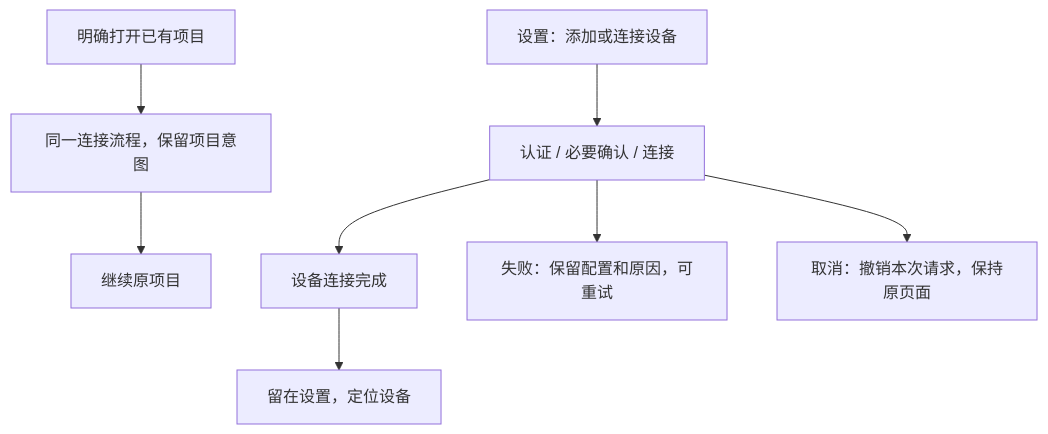
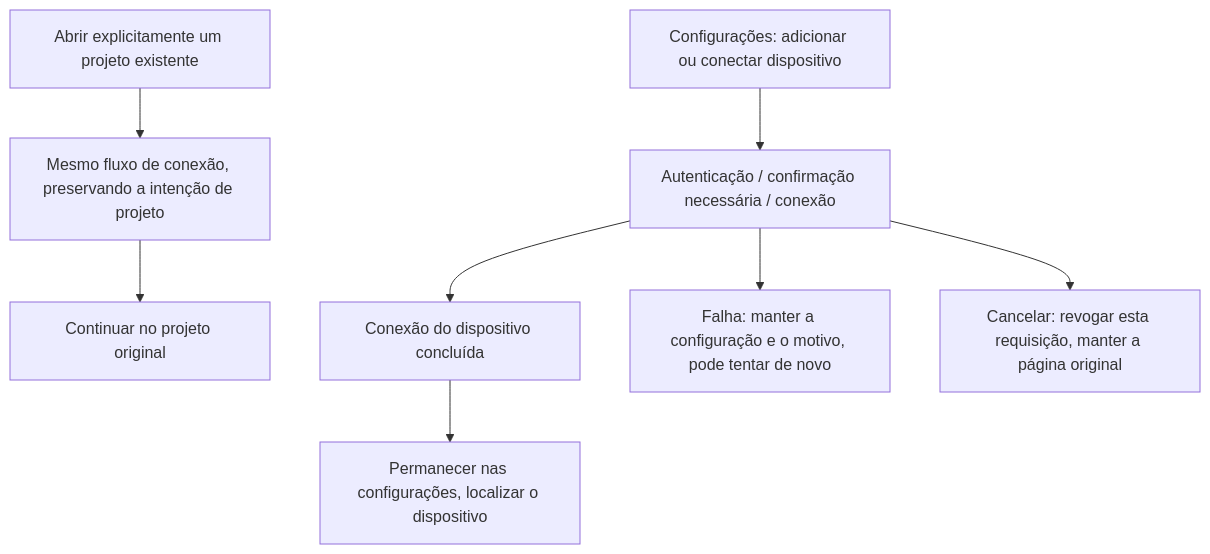
The diagram in docs/issues/remote-connection-ux/16-settings-connection-completion.md (JoaoNetoDev/BR-Code), drawn with Mermaid before and after one commit. The commit also changed other lines of this file and 177 other files, not shown here.

````diff
--- a/docs/issues/remote-connection-ux/16-settings-connection-completion.md
+++ b/docs/issues/remote-connection-ux/16-settings-connection-completion.md
@@ -13,10 +13,10 @@
 ```mermaid
 flowchart TD
-    A[设置：添加或连接设备] --> B[认证 / 必要确认 / 连接]
-    B --> C[设备连接完成]
-    C --> D[留在设置，定位设备]
-    E[明确打开已有项目] --> F[同一连接流程，保留项目意图]
-    F --> G[继续原项目]
-    B --> H[失败：保留配置和原因，可重试]
-    B --> I[取消：撤销本次请求，保持原页面]
+    A[Configurações: adicionar ou conectar dispositivo] --> B[Autenticação / confirmação necessária / conexão]
+    B --> C[Conexão do dispositivo concluída]
+    C --> D[Permanecer nas configurações, localizar o dispositivo]
+    E[Abrir explicitamente um projeto existente] --> F[Mesmo fluxo de conexão, preservando a intenção de projeto]
+    F --> G[Continuar no projeto original]
+    B --> H[Falha: manter a configuração e o motivo, pode tentar de novo]
+    B --> I[Cancelar: revogar esta requisição, manter a página original]
 ```
````
